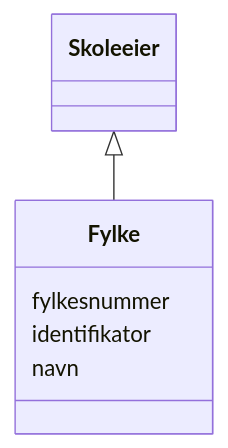
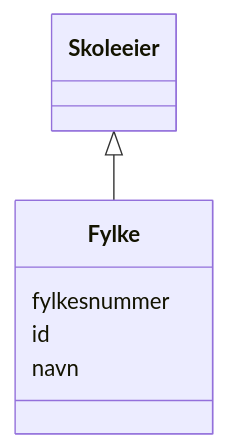
Before and after one commit to brreg/linkml-w3c-no-profiles: the diagram in mkdocs/docs/samt/samt-bu/klasser/fylke.md, drawn with Mermaid. The commit also changed other lines of this file and 541 other files, not shown here.

````diff
--- a/mkdocs/docs/samt/samt-bu/klasser/fylke.md
+++ b/mkdocs/docs/samt/samt-bu/klasser/fylke.md
@@ -18,15 +18,15 @@
 ```mermaid
  classDiagram
     class Fylke
     click Fylke href "../Fylke/"
       Skoleeier <|-- Fylke
         click Skoleeier href "../Skoleeier/"
       
       Fylke : fylkesnummer
         
-      Fylke : identifikator
+      Fylke : id
         
       Fylke : navn
         
       
 ```
````
